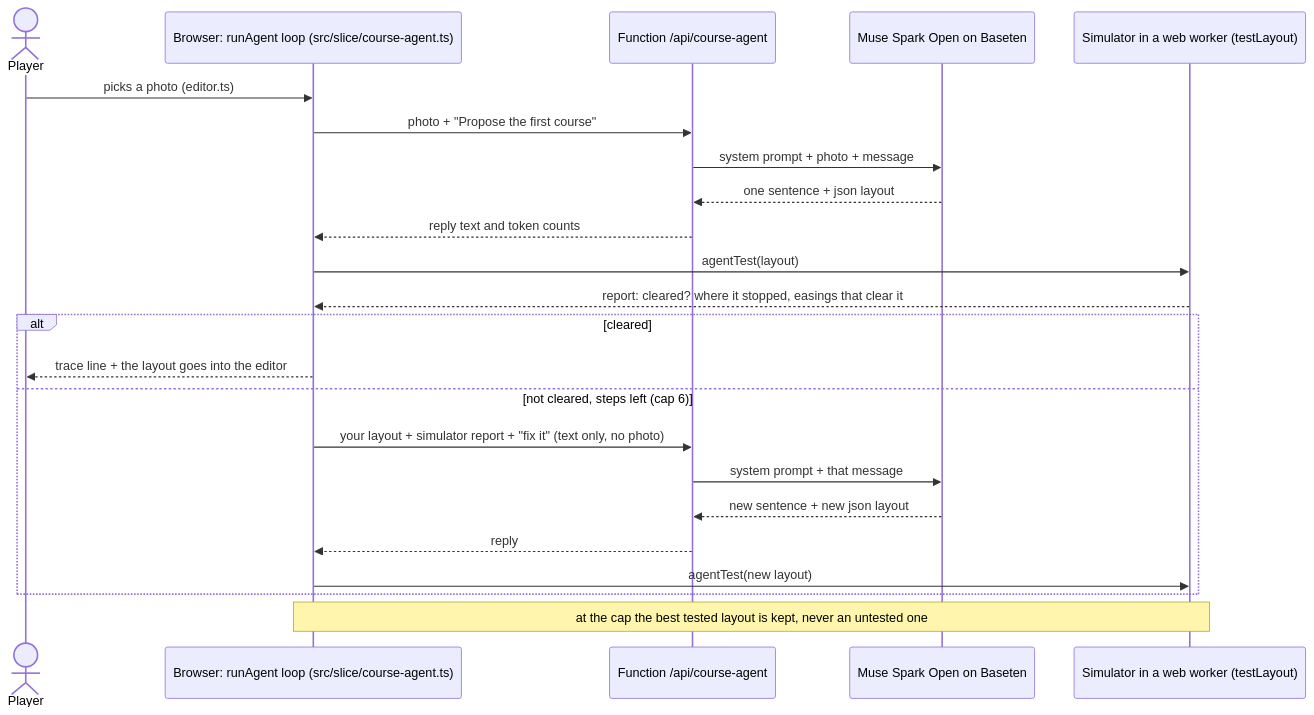
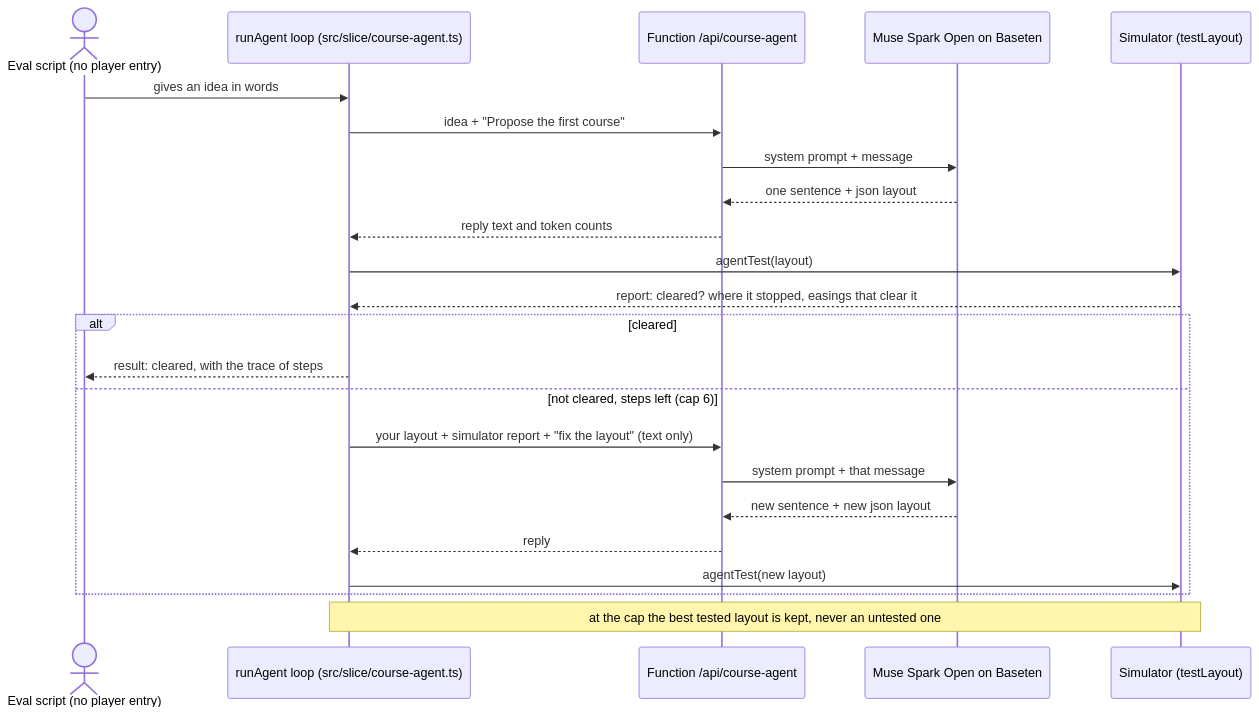
One commit to gitgithan/conquercourse changed the diagram in docs/llm-calls.md. Above: the diagram before and after it, drawn with Mermaid. The commit also changed other lines of this file and 4 other files, not shown here.

Commit message:
Docs truth pass A: course agent, design partner, move tips, characters, Community and slice docs match the code - Part of CC-133

````diff
--- a/docs/llm-calls.md
+++ b/docs/llm-calls.md
@@ -64,25 +65,25 @@
 ```mermaid
 sequenceDiagram
-    actor P as Player
-    participant B as Browser: runAgent loop (src/slice/course-agent.ts)
+    actor P as Eval script (no player entry)
+    participant B as runAgent loop (src/slice/course-agent.ts)
     participant F as Function /api/course-agent
     participant M as Muse Spark Open on Baseten
-    participant S as Simulator in a web worker (testLayout)
-    P->>B: picks a photo (editor.ts)
-    B->>F: photo + "Propose the first course"
-    F->>M: system prompt + photo + message
+    participant S as Simulator (testLayout)
+    P->>B: gives an idea in words
+    B->>F: idea + "Propose the first course"
+    F->>M: system prompt + message
     M-->>F: one sentence + json layout
     F-->>B: reply text and token counts
     B->>S: agentTest(layout)
     S-->>B: report: cleared? where it stopped, easings that clear it
     alt cleared
-        B-->>P: trace line + the layout goes into the editor
+        B-->>P: result: cleared, with the trace of steps
     else not cleared, steps left (cap 6)
-        B->>F: your layout + simulator report + "fix it" (text only, no photo)
+        B->>F: your layout + simulator report + "fix the layout" (text only)
         F->>M: system prompt + that message
         M-->>F: new sentence + new json layout
         F-->>B: reply
         B->>S: agentTest(new layout)
     end
     Note over B,S: at the cap the best tested layout is kept, never an untested one
 ```
````
